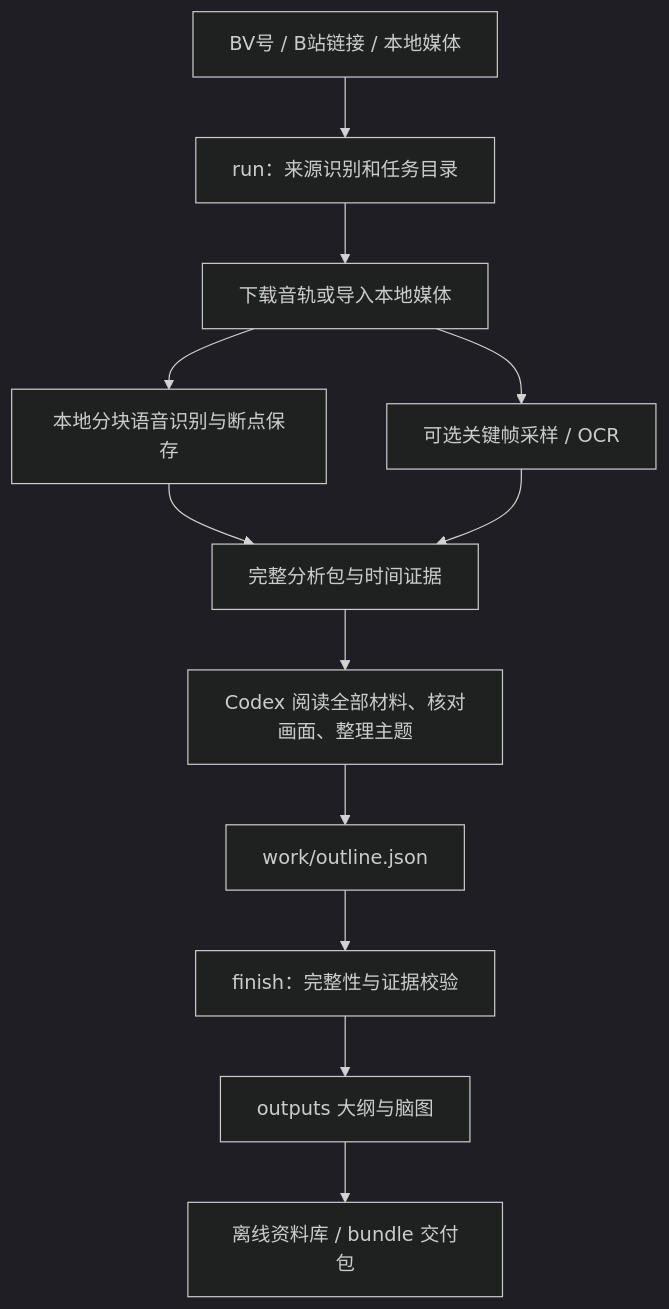
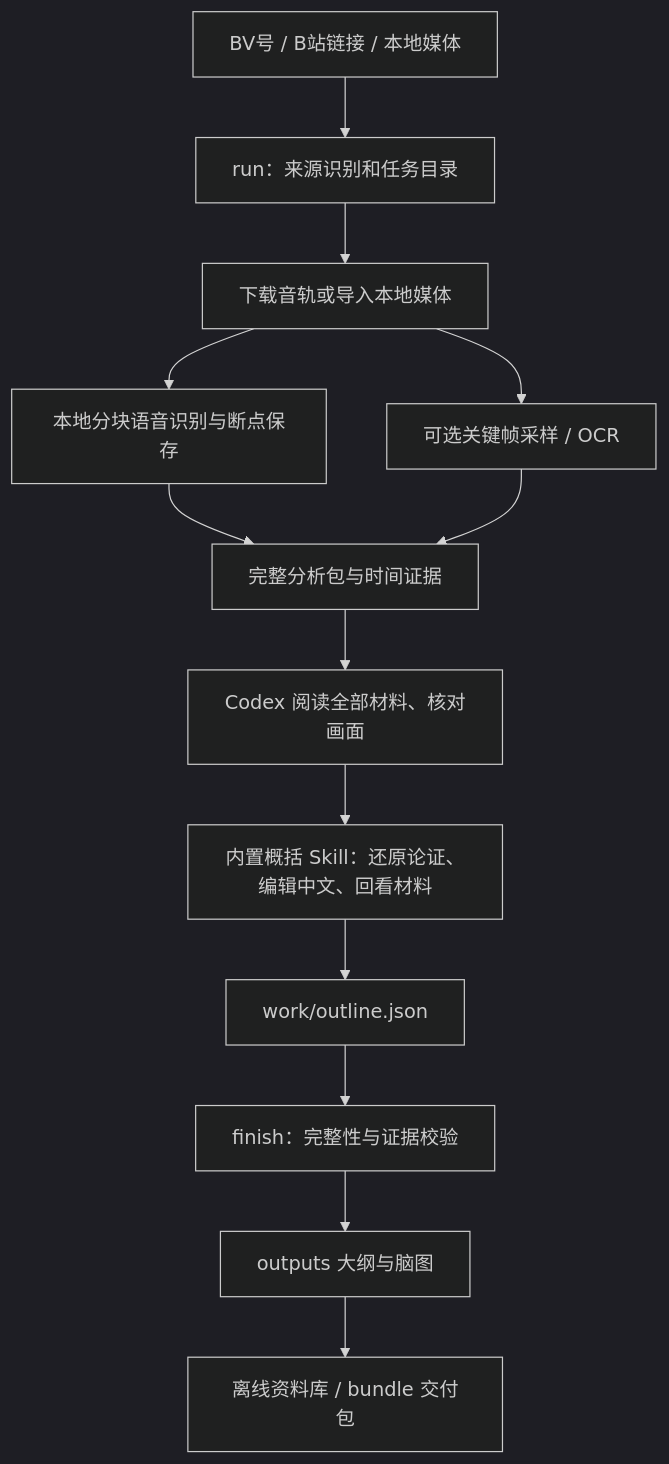
Before and after one commit to jerry-wang12/bili-video-insight: the diagram in README.md, drawn with Mermaid (dark theme). The commit also changed other lines of this file and 12 other files, not shown here.

````diff
--- a/README.md
+++ b/README.md
@@ -175,14 +186,15 @@
 ```mermaid
 flowchart TD
     A[BV号 / B站链接 / 本地媒体] --> B[run：来源识别和任务目录]
     B --> C[下载音轨或导入本地媒体]
     C --> D[本地分块语音识别与断点保存]
     C --> E[可选关键帧采样 / OCR]
     D --> F[完整分析包与时间证据]
     E --> F
-    F --> G[Codex 阅读全部材料、核对画面、整理主题]
-    G --> H[work/outline.json]
+    F --> G[Codex 阅读全部材料、核对画面]
+    G --> S[内置概括 Skill：还原论证、编辑中文、回看材料]
+    S --> H[work/outline.json]
     H --> I[finish：完整性与证据校验]
     I --> J[outputs 大纲与脑图]
     J --> K[离线资料库 / bundle 交付包]
 ```
````
